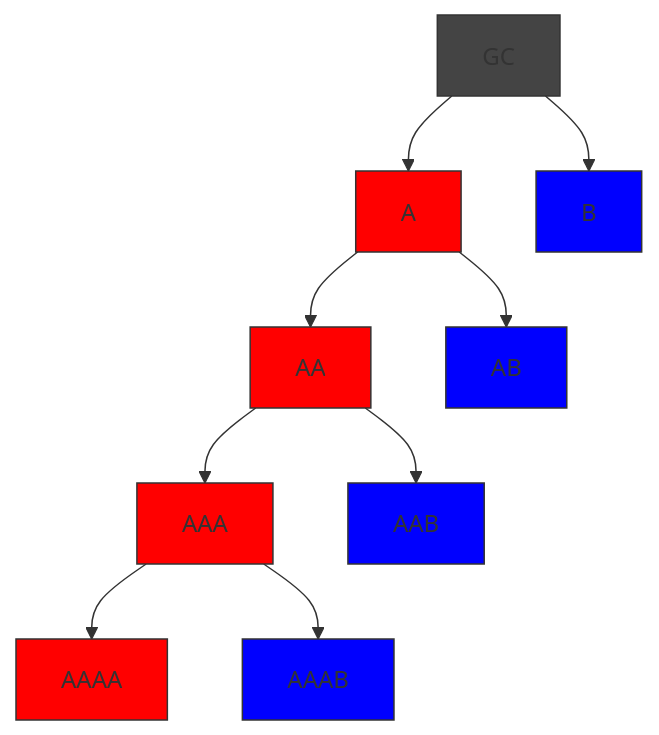
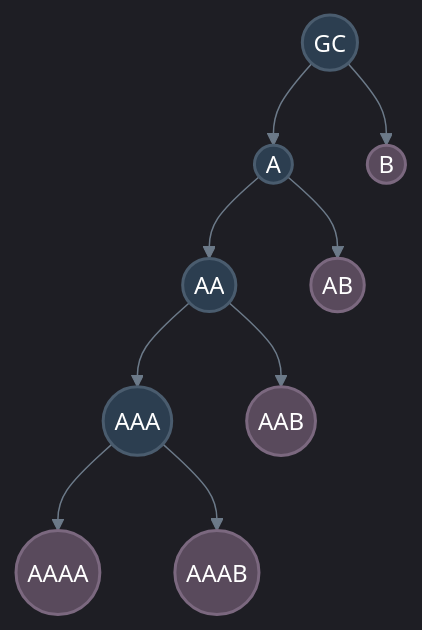
One commit to Shapedsundew9/erasmus-gp changed the fifth of 6 diagrams in docs/components/core/genetic_code/structure.md. Above: the diagram before and after it, drawn with Mermaid. The commit also changed other lines of this file and 21 other files, not shown here.

First line of the commit message:
Enhance Mermaid Diagrams and Color Consistency Across Documentation

````diff
--- a/docs/components/core/genetic_code/structure.md
+++ b/docs/components/core/genetic_code/structure.md
@@ -132,16 +164,18 @@
 ```mermaid
+%%{init: { 'theme': 'dark', 'themeVariables': { 'lineColor': '#6c7a89', 'textColor': '#edf2f4', 'mainBkg': '#2b2d42', 'primaryBorderColor': '#4a4e69' }}}%%
 flowchart TB
-    GC:::grey
-    GC --> A:::red
-    GC --> B:::blue
-    A --> AA:::red
-    A --> AB:::blue
-    AA --> AAA:::red
-    AA --> AAB:::blue
-    AAA --> AAAA:::red
-    AAA --> AAAB:::blue
+    %% Base/Default (Dark Slate)
+    classDef default fill:#2b2d42,stroke:#4a4e69,stroke-width:2px,color:#edf2f4
+    classDef dataNavy fill:#2c3e50,stroke:#4a5c6e,stroke-width:2px,color:#ffffff
+    classDef dataPurple fill:#594a5c,stroke:#7b687f,stroke-width:2px,color:#ffffff
 
-classDef grey fill:#444444,stroke:#333,stroke-width:1px
-classDef red fill:#FF0000,stroke:#333,stroke-width:1px
-classDef blue fill:#0000FF,stroke:#333,stroke-width:1px
+    GC(("GC")):::dataNavy
+    GC --> A(("A")):::dataNavy
+    GC --> B(("B")):::dataPurple
+    A --> AA(("AA")):::dataNavy
+    A --> AB(("AB")):::dataPurple
+    AA --> AAA(("AAA")):::dataNavy
+    AA --> AAB(("AAB")):::dataPurple
+    AAA --> AAAA(("AAAA")):::dataPurple
+    AAA --> AAAB(("AAAB")):::dataPurple
 ```
````
